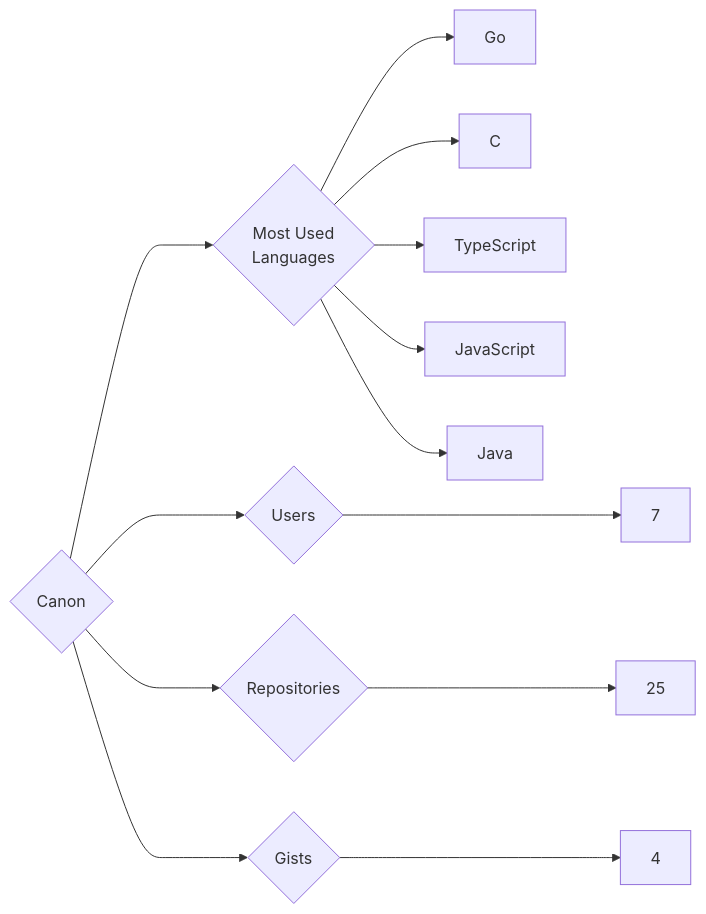
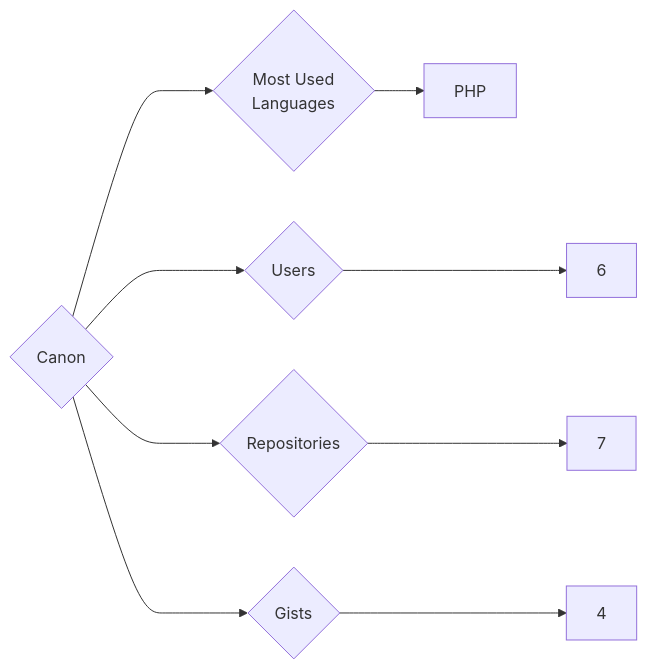
The diagram in targets/Canon/README.md (trickest/insiders), drawn with Mermaid before and after one commit. The commit also changed 882 other files, not shown here.

````diff
--- a/targets/Canon/README.md
+++ b/targets/Canon/README.md
@@ -3,13 +3,9 @@
 ```mermaid
 graph LR
 COMPANY_NAME{Canon}
-COMPANY_NAME ---> U{Users} ---> UN[7]
-COMPANY_NAME ---> R{Repositories} ---> RN[25]
+COMPANY_NAME ---> U{Users} ---> UN[6]
+COMPANY_NAME ---> R{Repositories} ---> RN[7]
 COMPANY_NAME ---> G{Gists} ---> GN[4]
 COMPANY_NAME ---> ML{Most Used<br>Languages}
-ML --> Go[Go]
-ML --> C[C]
-ML --> TypeScript[TypeScript]
-ML --> JavaScript[JavaScript]
-ML --> Java[Java]
+ML --> PHP[PHP]
 ```
````
